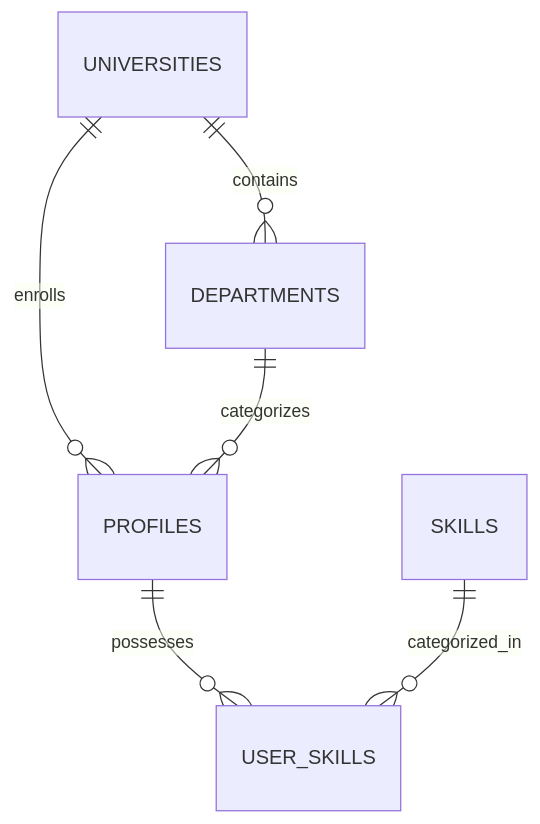
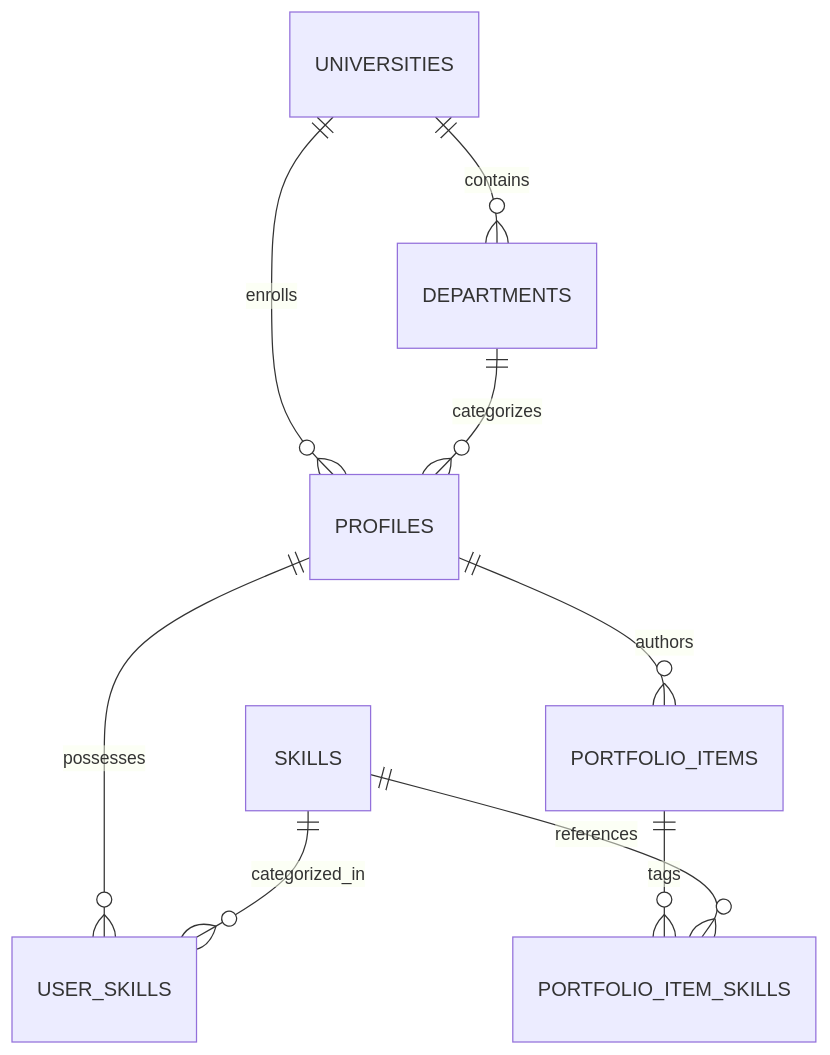
One commit to Udaykiran17-1/Chrono-guard changed the diagram in docs/DATABASE.md. Above: the diagram before and after it, drawn with Mermaid. The commit also changed other lines of this file and 15 other files, not shown here.

Commit message:
Milestone 2: Student profiles, skills taxonomy, portfolio CRUD, and availability

````diff
--- a/docs/DATABASE.md
+++ b/docs/DATABASE.md
@@ -10,8 +10,11 @@
 ```mermaid
 erDiagram
   UNIVERSITIES ||--o{ DEPARTMENTS : contains
   UNIVERSITIES ||--o{ PROFILES : enrolls
   DEPARTMENTS ||--o{ PROFILES : categorizes
   PROFILES ||--o{ USER_SKILLS : possesses
   SKILLS ||--o{ USER_SKILLS : categorized_in
+  PROFILES ||--o{ PORTFOLIO_ITEMS : authors
+  PORTFOLIO_ITEMS ||--o{ PORTFOLIO_ITEM_SKILLS : tags
+  SKILLS ||--o{ PORTFOLIO_ITEM_SKILLS : references
 ```
````
